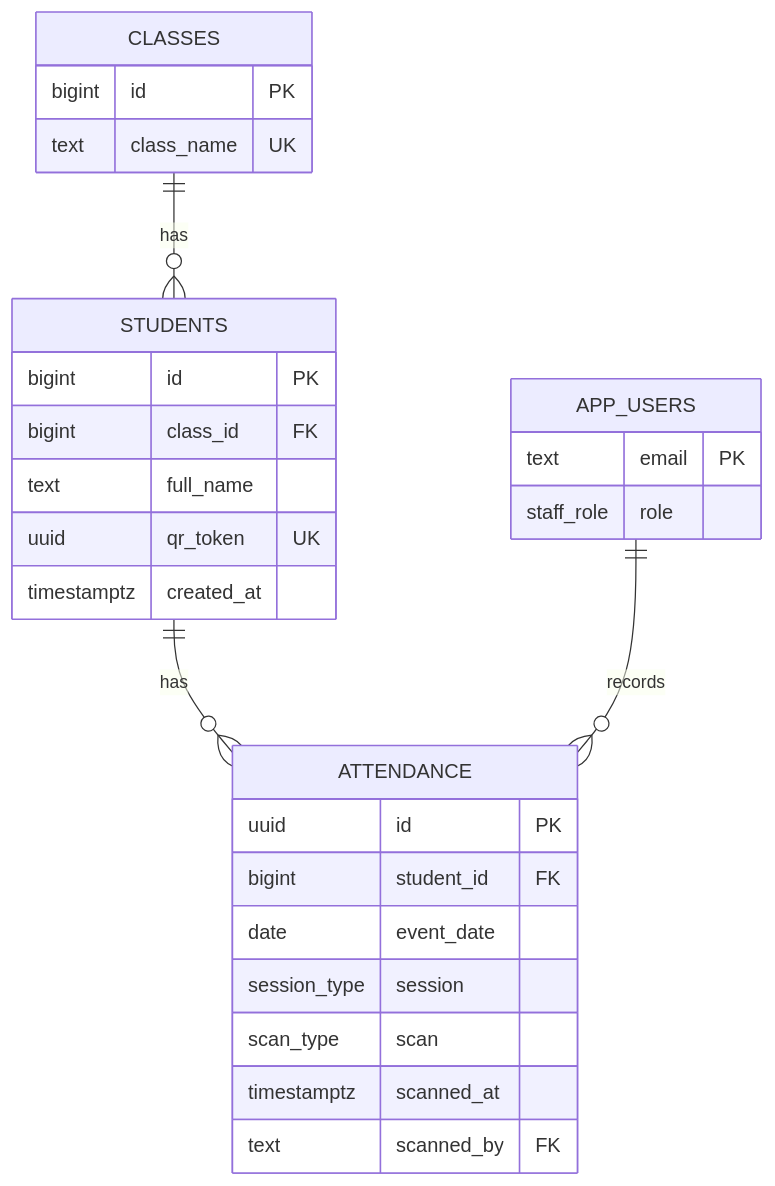
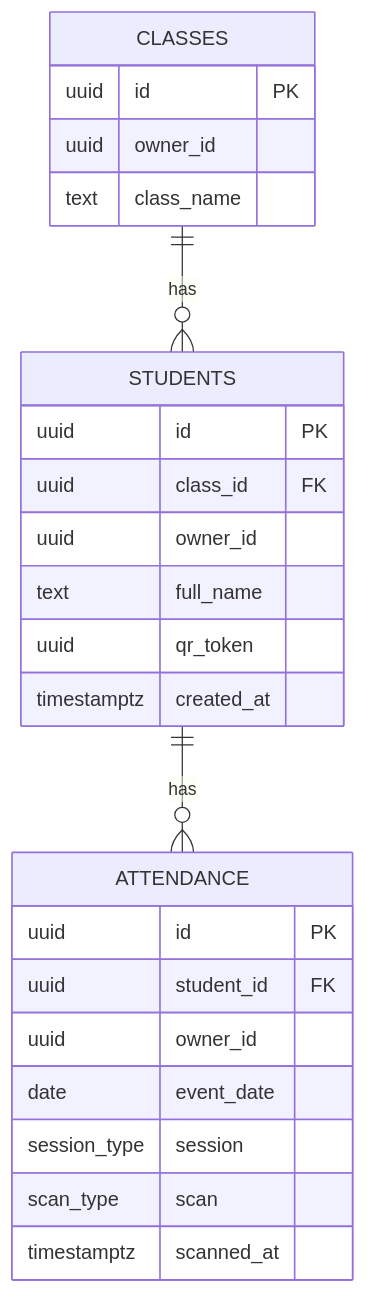
One commit to Basher-kap/qr-attendance changed the diagram in docs/database.md. Above: the diagram before and after it, drawn with Mermaid. The commit also changed other lines of this file and 3 other files, not shown here.

````diff
--- a/docs/database.md
+++ b/docs/database.md
@@ -5,31 +7,28 @@
 ```mermaid
 erDiagram
   CLASSES ||--o{ STUDENTS : has
   STUDENTS ||--o{ ATTENDANCE : has
-  APP_USERS ||--o{ ATTENDANCE : records
 
   CLASSES {
-    bigint id PK
-    text class_name UK
+    uuid id PK
+    uuid owner_id
+    text class_name
   }
   STUDENTS {
-    bigint id PK
-    bigint class_id FK
+    uuid id PK
+    uuid class_id FK
+    uuid owner_id
     text full_name
-    uuid qr_token UK
+    uuid qr_token
     timestamptz created_at
   }
   ATTENDANCE {
     uuid id PK
-    bigint student_id FK
+    uuid student_id FK
+    uuid owner_id
     date event_date
     session_type session
     scan_type scan
     timestamptz scanned_at
-    text scanned_by FK
-  }
-  APP_USERS {
-    text email PK
-    staff_role role
   }
 ```
````
